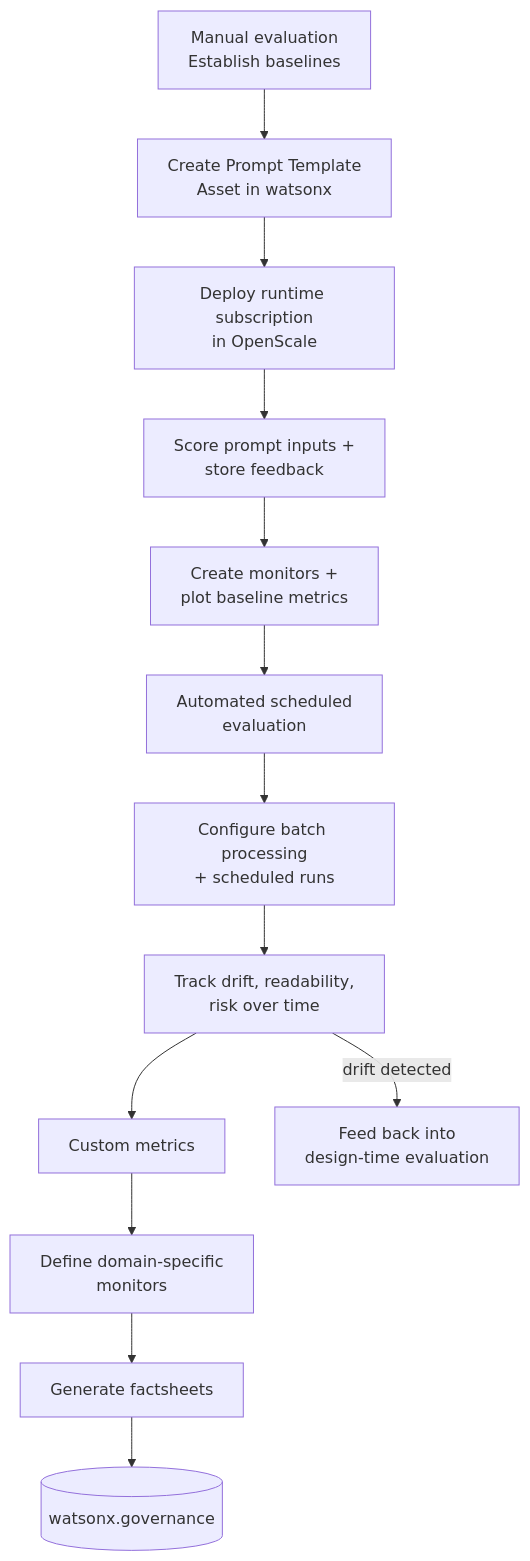
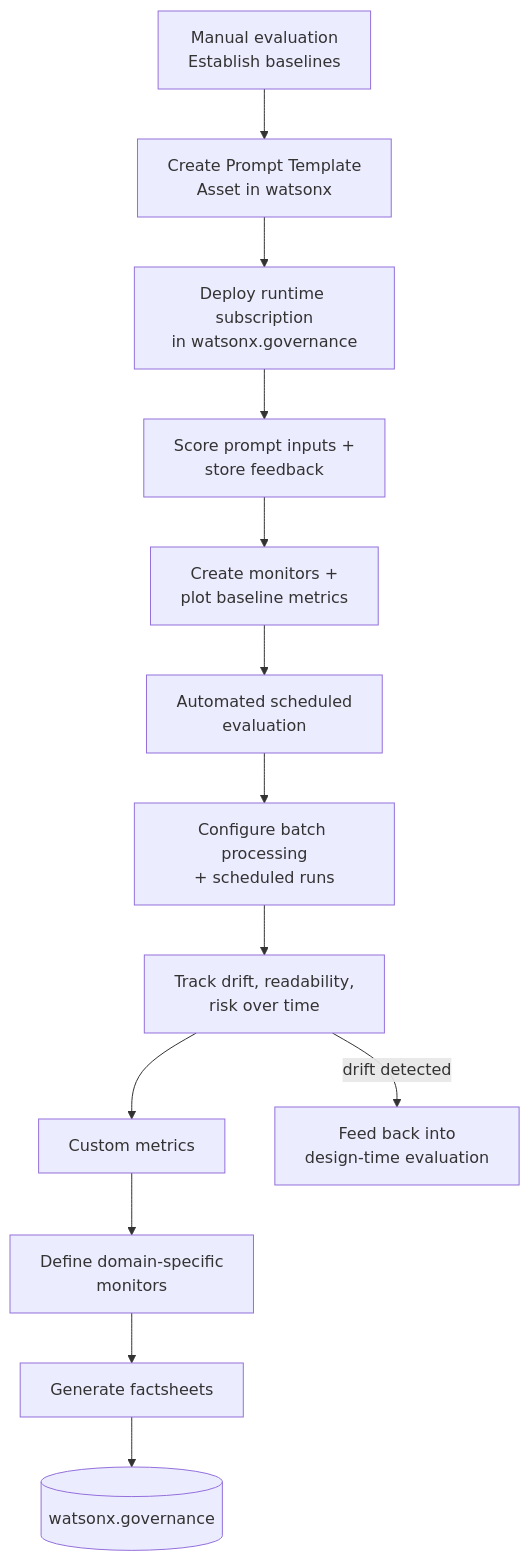
One commit to ibm-self-serve-assets/building-blocks changed the fourth of 4 diagrams in docs/ai-core/trust/run-time-monitoring.md. Above: the diagram before and after it, drawn with Mermaid. The commit also changed other lines of this file and 1 other file, not shown here.

````diff
--- a/docs/ai-core/trust/run-time-monitoring.md
+++ b/docs/ai-core/trust/run-time-monitoring.md
@@ -130,15 +145,15 @@
 ```mermaid
 graph TD
     A["Manual evaluation\nEstablish baselines"] --> B["Create Prompt Template\nAsset in watsonx"]
-    B --> C["Deploy runtime subscription\nin OpenScale"]
+    B --> C["Deploy runtime subscription\nin watsonx.governance"]
     C --> D["Score prompt inputs +\nstore feedback"]
     D --> E["Create monitors +\nplot baseline metrics"]
     E --> F["Automated scheduled\nevaluation"]
     F --> G["Configure batch processing\n+ scheduled runs"]
     G --> H["Track drift, readability,\nrisk over time"]
     H --> I["Custom metrics"]
     I --> J["Define domain-specific\nmonitors"]
     J --> K["Generate factsheets"]
     K --> L[("watsonx.governance")]
     H -->|"drift detected"| M["Feed back into\ndesign-time evaluation"]
 ```
````
